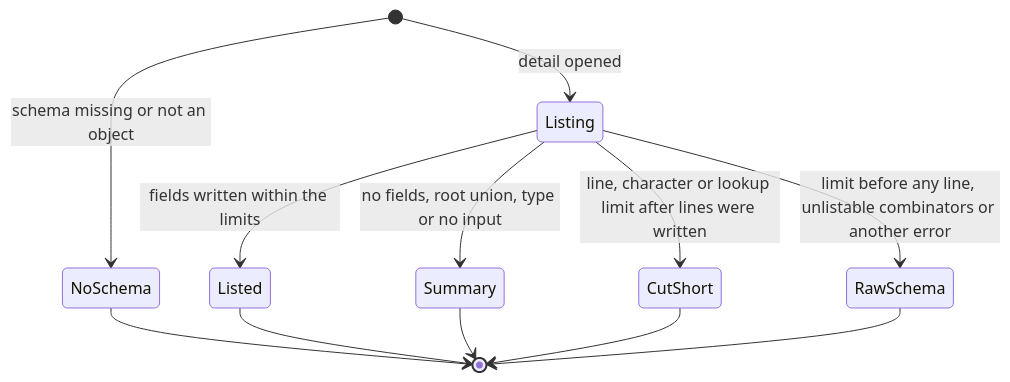
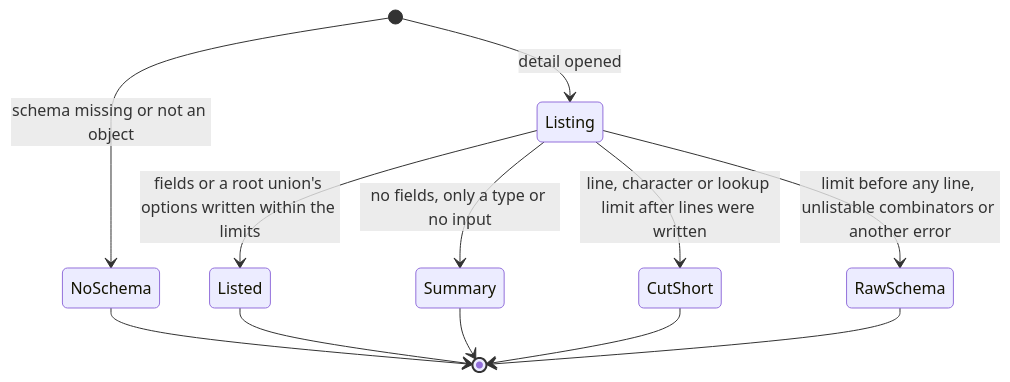
Before and after one commit to lunchbox-labs/opencode-tool-inspector: the fifth of 7 diagrams in docs/state-machines.md, drawn with Mermaid. The commit also changed other lines of this file, not shown here.

Commit message:
Correct listing depth, root-union and chain-limit wording, and document the literal cache

````diff
--- a/docs/state-machines.md
+++ b/docs/state-machines.md
@@ -108,14 +108,14 @@
 ```mermaid
 stateDiagram-v2
     [*] --> NoSchema: schema missing or not an object
     [*] --> Listing: detail opened
-    Listing --> Listed: fields written within the limits
-    Listing --> Summary: no fields, root union, type or no input
+    Listing --> Listed: fields or a root union's options written within the limits
+    Listing --> Summary: no fields, only a type or no input
     Listing --> CutShort: line, character or lookup limit after lines were written
     Listing --> RawSchema: limit before any line, unlistable combinators or another error
     NoSchema --> [*]
     Listed --> [*]
     Summary --> [*]
     CutShort --> [*]
     RawSchema --> [*]
 ```
````
